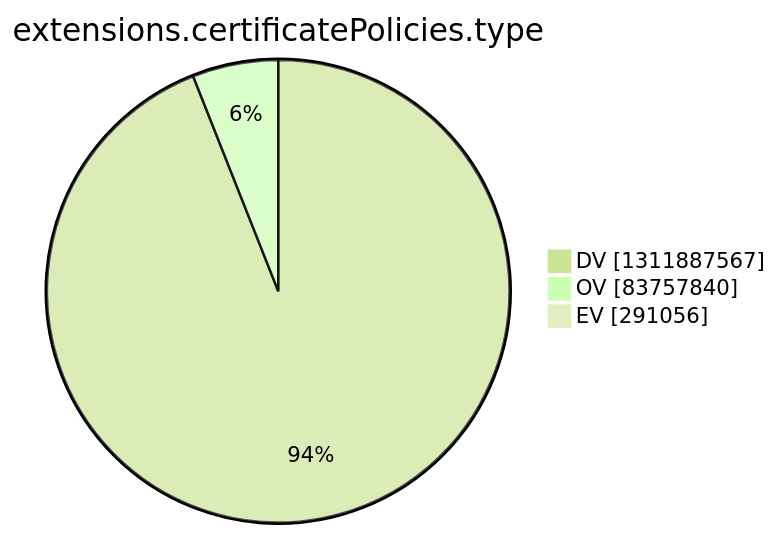
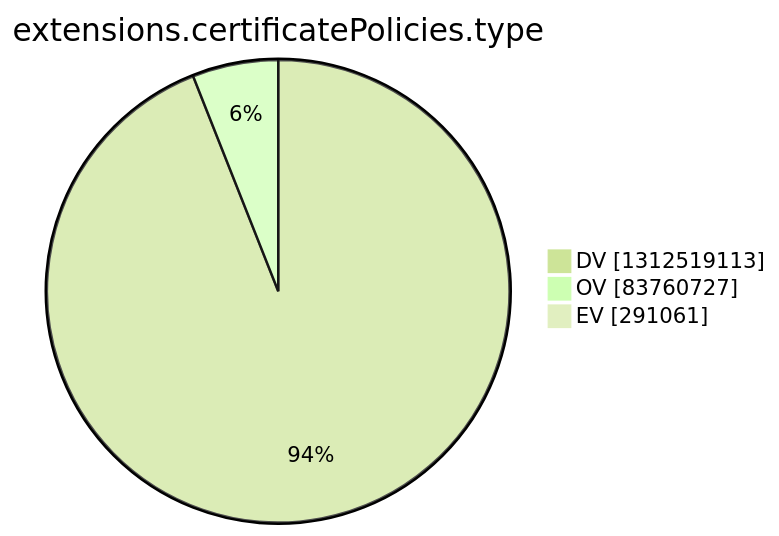
One commit to christiankrug/ctmonitor_visualization changed the tenth of 15 diagrams in argon2022/README.md. Above: the diagram before and after it, drawn with Mermaid (forest theme). The commit also changed other lines of this file, not shown here.

````diff
--- a/argon2022/README.md
+++ b/argon2022/README.md
@@ -2772,7 +2772,7 @@
 ```mermaid
 pie showData
 title extensions.certificatePolicies.type
-"DV" :1311887567
-"OV" :83757840
-"EV" :291056
+"DV" :1312519113
+"OV" :83760727
+"EV" :291061
 ```
````
